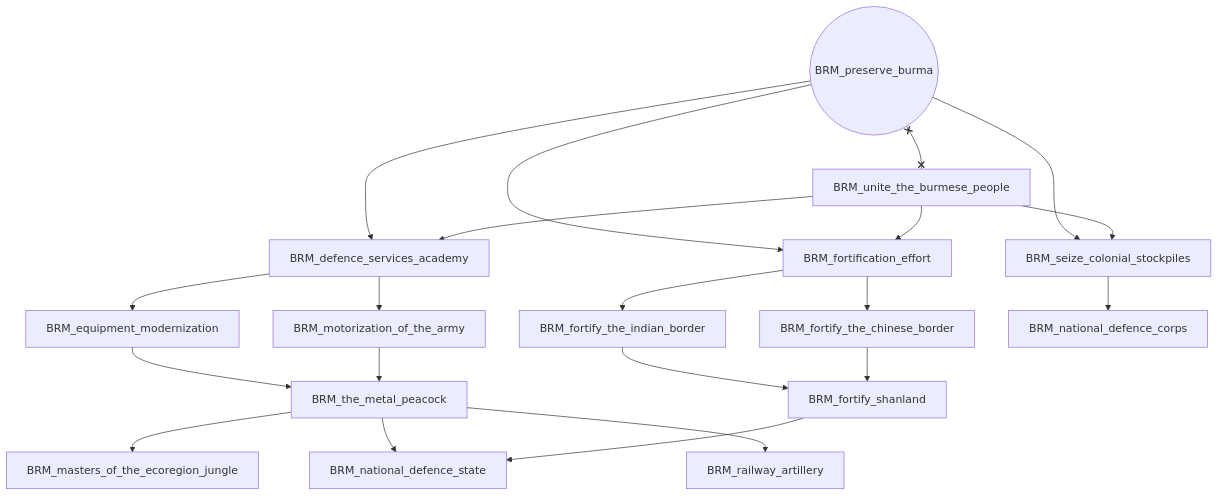
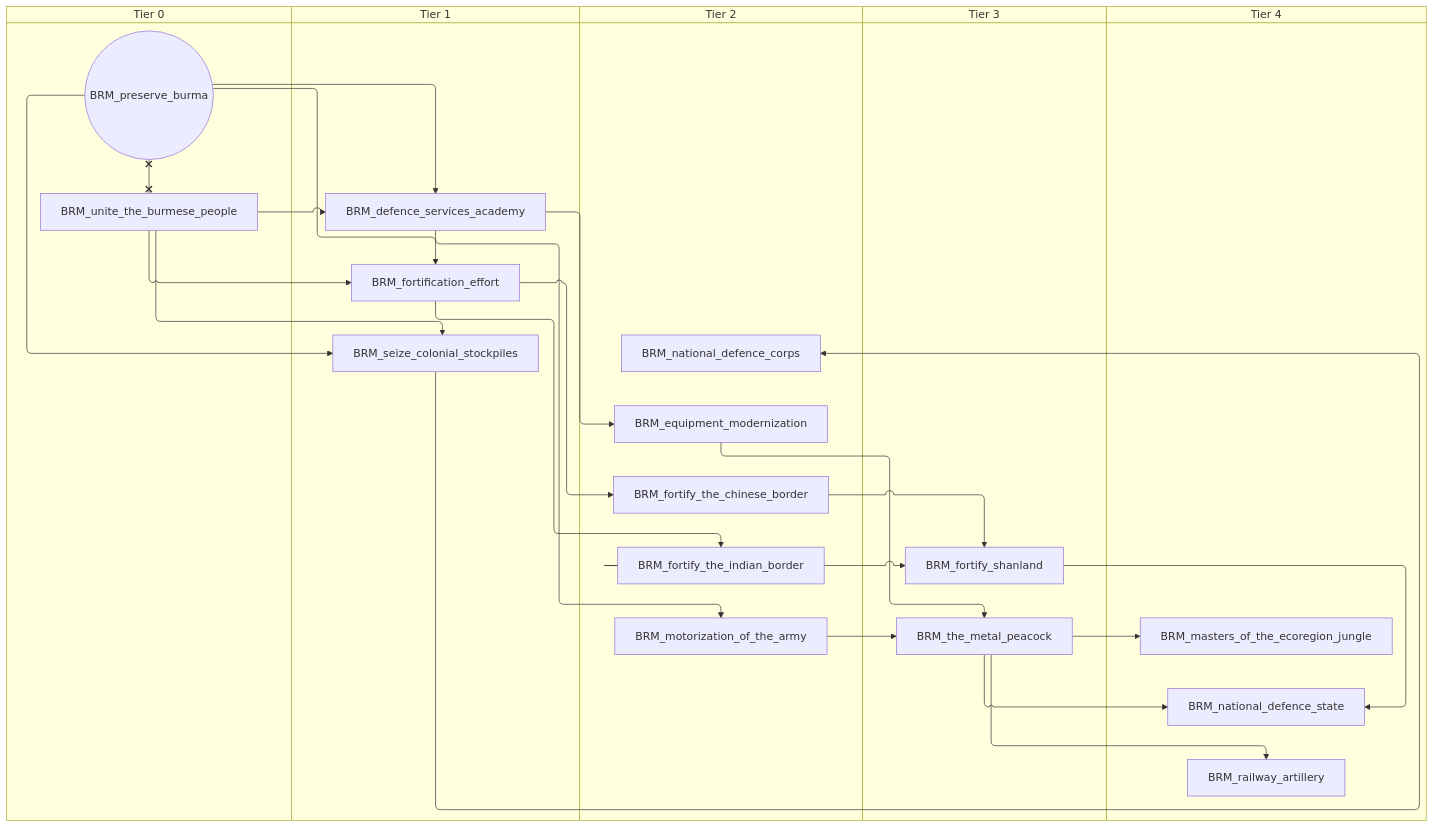
The first of 2 diagrams in docs/gdd/National Focuses/r56/burma.md (evgeny-sobol/hoi4-sandbox-mode-r56), drawn with Mermaid before and after one commit. The commit also changed other lines of this file and 423 other files, not shown here.

First line of the commit message:
Re-export Rt56 focus trees as swimlane diagrams

````diff
--- a/docs/gdd/National Focuses/r56/burma.md
+++ b/docs/gdd/National Focuses/r56/burma.md
@@ -3,38 +3,48 @@
 ```mermaid
-flowchart TD
-    n1["BRM_defence_services_academy"]
-    n2["BRM_equipment_modernization"]
-    n3["BRM_fortification_effort"]
-    n4["BRM_fortify_shanland"]
-    n5["BRM_fortify_the_chinese_border"]
-    n6["BRM_fortify_the_indian_border"]
-    n7["BRM_masters_of_the_ecoregion_jungle"]
-    n8["BRM_motorization_of_the_army"]
-    n9["BRM_national_defence_corps"]
-    n10["BRM_national_defence_state"]
-    n11(("BRM_preserve_burma"))
-    n12["BRM_railway_artillery"]
-    n13["BRM_seize_colonial_stockpiles"]
-    n14["BRM_the_metal_peacock"]
-    n15["BRM_unite_the_burmese_people"]
-    n11 --> n1
-    n15 --> n1
-    n1 --> n2
-    n11 --> n3
-    n15 --> n3
-    n6 --> n4
-    n5 --> n4
-    n3 --> n5
+swimlane-beta TD
+    subgraph tier_0["Tier 0"]
+        n1(("BRM_preserve_burma"))
+        n2["BRM_unite_the_burmese_people"]
+    end
+    subgraph tier_1["Tier 1"]
+        n3["BRM_defence_services_academy"]
+        n4["BRM_fortification_effort"]
+        n5["BRM_seize_colonial_stockpiles"]
+    end
+    subgraph tier_2["Tier 2"]
+        n6["BRM_equipment_modernization"]
+        n7["BRM_fortify_the_chinese_border"]
+        n8["BRM_fortify_the_indian_border"]
+        n9["BRM_motorization_of_the_army"]
+        n10["BRM_national_defence_corps"]
+    end
+    subgraph tier_3["Tier 3"]
+        n11["BRM_fortify_shanland"]
+        n12["BRM_the_metal_peacock"]
+    end
+    subgraph tier_4["Tier 4"]
+        n13["BRM_masters_of_the_ecoregion_jungle"]
+        n14["BRM_national_defence_state"]
+        n15["BRM_railway_artillery"]
+    end
+    n1 --> n3
+    n2 --> n3
     n3 --> n6
-    n14 --> n7
-    n1 --> n8
-    n13 --> n9
-    n14 --> n10
-    n4 --> n10
-    n14 --> n12
-    n11 --> n13
-    n15 --> n13
-    n2 --> n14
-    n8 --> n14
-    n11 x--x n15
+    n1 --> n4
+    n2 --> n4
+    n8 --> n11
+    n7 --> n11
+    n4 --> n7
+    n4 --> n8
+    n12 --> n13
+    n3 --> n9
+    n5 --> n10
+    n12 --> n14
+    n11 --> n14
+    n12 --> n15
+    n1 --> n5
+    n2 --> n5
+    n6 --> n12
+    n9 --> n12
+    n1 x--x n2
 ```
````
